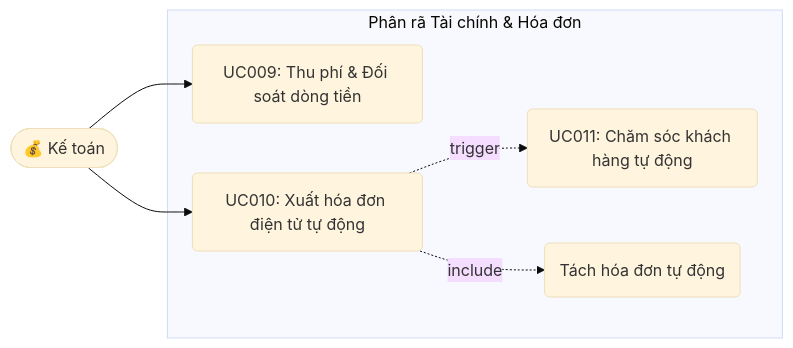
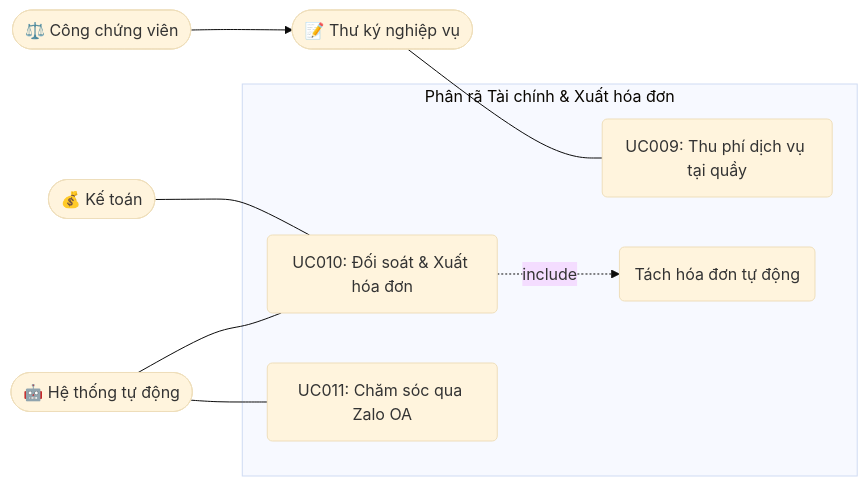
Before and after one commit to MinhHoang22/SRS_VPCC: the fourth of 4 diagrams in docs/SRS_VPCC.md, drawn with Mermaid (base theme). The commit also changed other lines of this file, not shown here.

````diff
--- a/docs/SRS_VPCC.md
+++ b/docs/SRS_VPCC.md
@@ -267,18 +331,24 @@
 ```mermaid
 flowchart LR
+    Sec(["📝 Thư ký nghiệp vụ"])
+    CCV(["⚖️ Công chứng viên"])
     Acc(["💰 Kế toán"])
+    Sys(["🤖 Hệ thống tự động"])
 
-    subgraph Billing_Decomposed ["Phân rã Tài chính & Hóa đơn"]
-        UC009("UC009: Thu phí & Đối soát dòng tiền")
-        UC010("UC010: Xuất hóa đơn điện tử tự động")
-        UC011("UC011: Chăm sóc khách hàng tự động")
+    subgraph Billing_Decomposed ["Phân rã Tài chính & Xuất hóa đơn"]
+        UC009("UC009: Thu phí dịch vụ tại quầy")
+        UC010("UC010: Đối soát & Xuất hóa đơn")
+        UC011("UC011: Chăm sóc qua Zalo OA")
         
         UC_Split("Tách hóa đơn tự động")
     end
 
-    Acc --> UC009
-    Acc --> UC010
+    CCV --> Sec
+
+    Sec --- UC009
+    Acc --- UC010
+    Sys --- UC010
+    Sys --- UC011
     
     UC010 -.->|include| UC_Split
-    UC010 -.->|trigger| UC011
 ```
````
